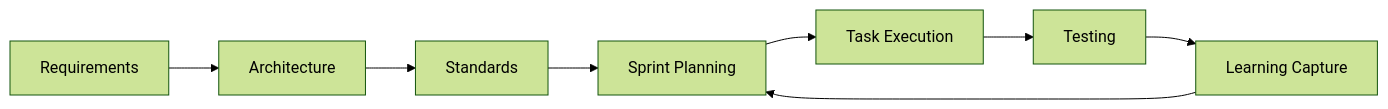
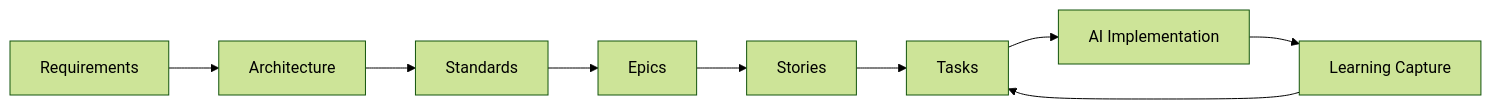
The diagram in README.md (fjchng/aap-template), drawn with Mermaid (forest theme) before and after one commit. The commit also changed other lines of this file, not shown here.

````diff
--- a/README.md
+++ b/README.md
@@ -120,10 +63,11 @@
 ```mermaid
 graph LR
     A[Requirements] --> B[Architecture]
     B --> C[Standards]
-    C --> D[Sprint Planning]
-    D --> E[Task Execution]
-    E --> F[Testing]
-    F --> G[Learning Capture]
-    G --> D
+    C --> D[Epics]
+    D --> E[Stories]
+    E --> F[Tasks]
+    F --> G[AI Implementation]
+    G --> H[Learning Capture]
+    H --> F
 ```
````
